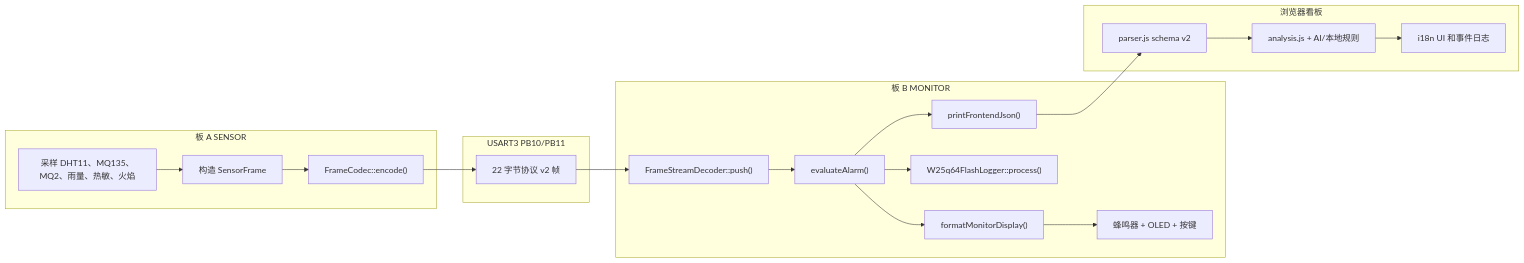
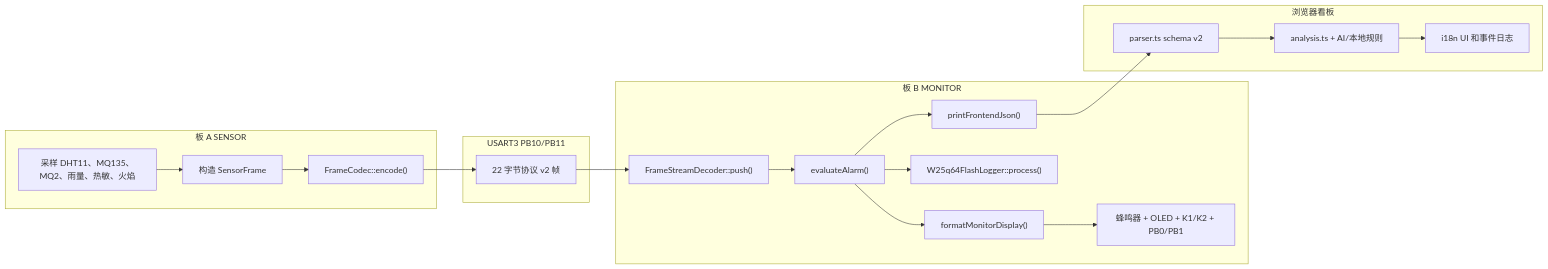
Before and after one commit to Cusnd/dual-stm32-safety-monitor: the first of 2 diagrams in docs/FUNCTION_DESIGN_WALKTHROUGH.zh-CN.md, drawn with Mermaid. The commit also changed other lines of this file and 118 other files, not shown here.

````diff
--- a/docs/FUNCTION_DESIGN_WALKTHROUGH.zh-CN.md
+++ b/docs/FUNCTION_DESIGN_WALKTHROUGH.zh-CN.md
@@ -9,32 +9,32 @@
 ```mermaid
 flowchart LR
   subgraph A["板 A SENSOR"]
     S1["采样 DHT11、MQ135、MQ2、雨量、热敏、火焰"]
     S2["构造 SensorFrame"]
     S3["FrameCodec::encode()"]
   end
 
   subgraph Link["USART3 PB10/PB11"]
     L1["22 字节协议 v2 帧"]
   end
 
   subgraph B["板 B MONITOR"]
     M1["FrameStreamDecoder::push()"]
     M2["evaluateAlarm()"]
     M3["formatMonitorDisplay()"]
-    M4["蜂鸣器 + OLED + 按键"]
+    M4["蜂鸣器 + OLED + K1/K2 + PB0/PB1"]
     M5["W25q64FlashLogger::process()"]
     M6["printFrontendJson()"]
   end
 
   subgraph Web["浏览器看板"]
-    W1["parser.js schema v2"]
-    W2["analysis.js + AI/本地规则"]
+    W1["parser.ts schema v2"]
+    W2["analysis.ts + AI/本地规则"]
     W3["i18n UI 和事件日志"]
   end
 
   S1 --> S2 --> S3 --> L1 --> M1 --> M2
   M2 --> M3 --> M4
   M2 --> M5
   M2 --> M6 --> W1 --> W2 --> W3
 ```
````
